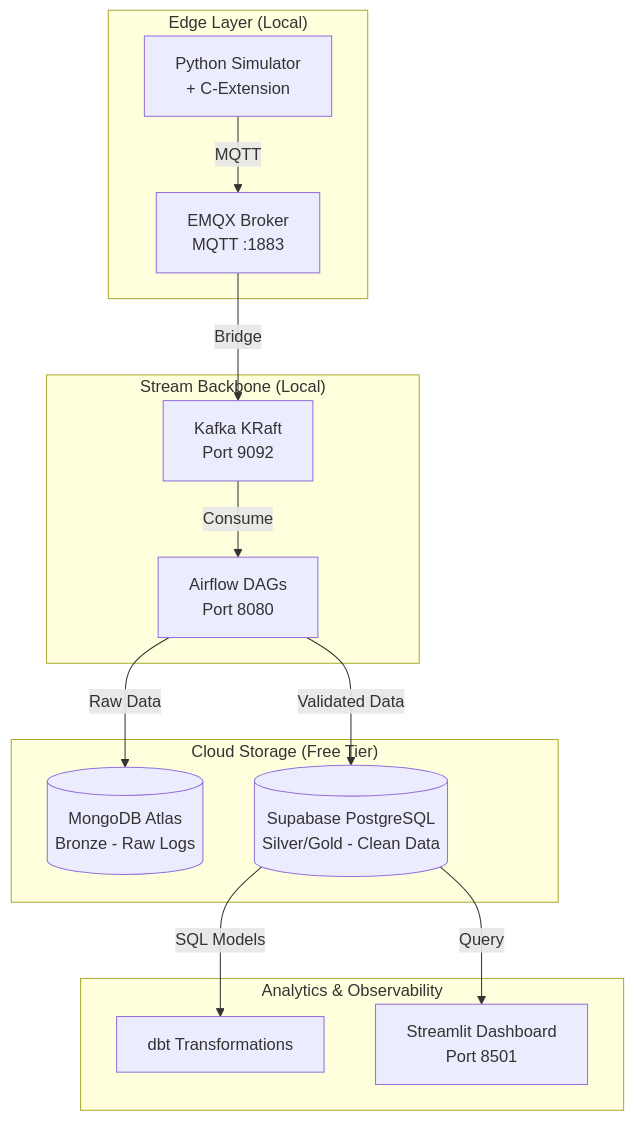
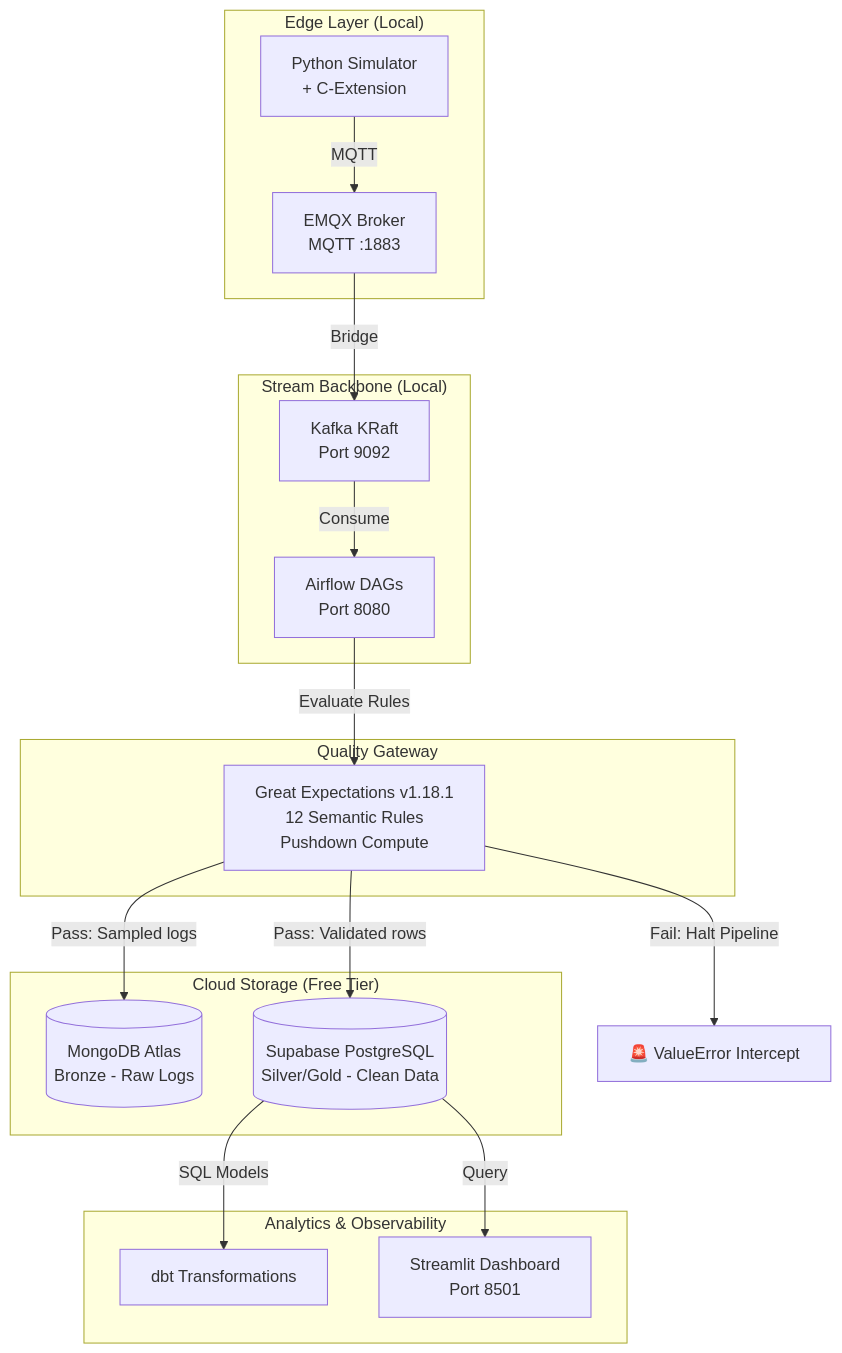
Before and after one commit to uchechukwuma/edge-dataops-platform: the diagram in docs/PROJECT_REPORT.md, drawn with Mermaid. The commit also changed other lines of this file and 3 other files, not shown here.

````diff
--- a/docs/PROJECT_REPORT.md
+++ b/docs/PROJECT_REPORT.md
@@ -22,30 +22,36 @@
 ```mermaid
 flowchart TB
     subgraph Edge["Edge Layer (Local)"]
         Sensor[Python Simulator<br/>+ C-Extension]
         EMQX[EMQX Broker<br/>MQTT :1883]
     end
 
     subgraph Backbone["Stream Backbone (Local)"]
         Kafka[Kafka KRaft<br/>Port 9092]
         Airflow[Airflow DAGs<br/>Port 8080]
+    end
+
+    subgraph Safety["Quality Gateway"]
+        GX[Great Expectations v1.18.1<br/>12 Semantic Rules<br/>Pushdown Compute]
     end
 
     subgraph Cloud["Cloud Storage (Free Tier)"]
         MongoDB[(MongoDB Atlas<br/>Bronze - Raw Logs)]
         Supabase[(Supabase PostgreSQL<br/>Silver/Gold - Clean Data)]
     end
 
     subgraph Analytics["Analytics & Observability"]
         dbt[dbt Transformations]
         Streamlit[Streamlit Dashboard<br/>Port 8501]
     end
 
     Sensor -->|MQTT| EMQX
     EMQX -->|Bridge| Kafka
     Kafka -->|Consume| Airflow
-    Airflow -->|Raw Data| MongoDB
-    Airflow -->|Validated Data| Supabase
+    Airflow -->|Evaluate Rules| GX
+    GX -->|Pass: Sampled logs| MongoDB
+    GX -->|Pass: Validated rows| Supabase
+    GX -->|Fail: Halt Pipeline| Freeze[🚨 ValueError Intercept]
     Supabase -->|SQL Models| dbt
     Supabase -->|Query| Streamlit
 ```
````
